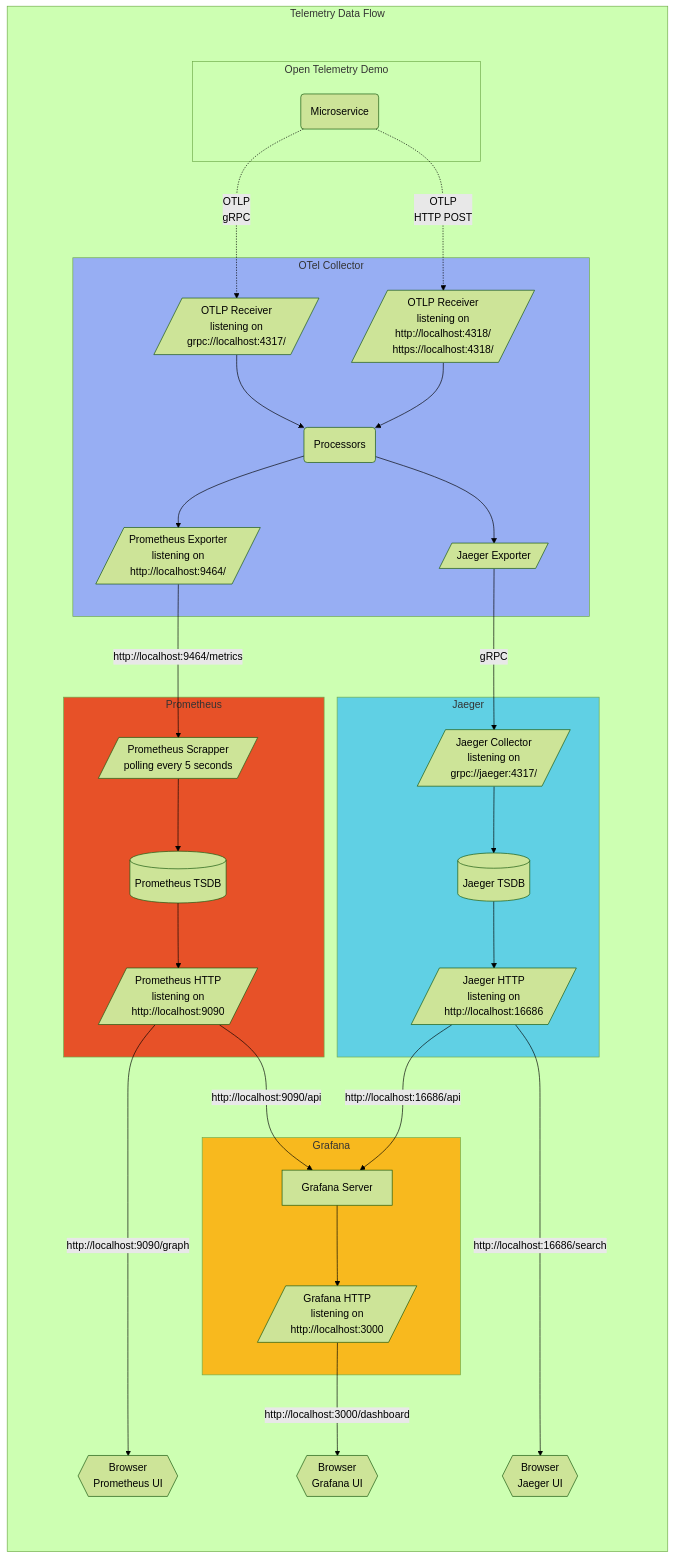
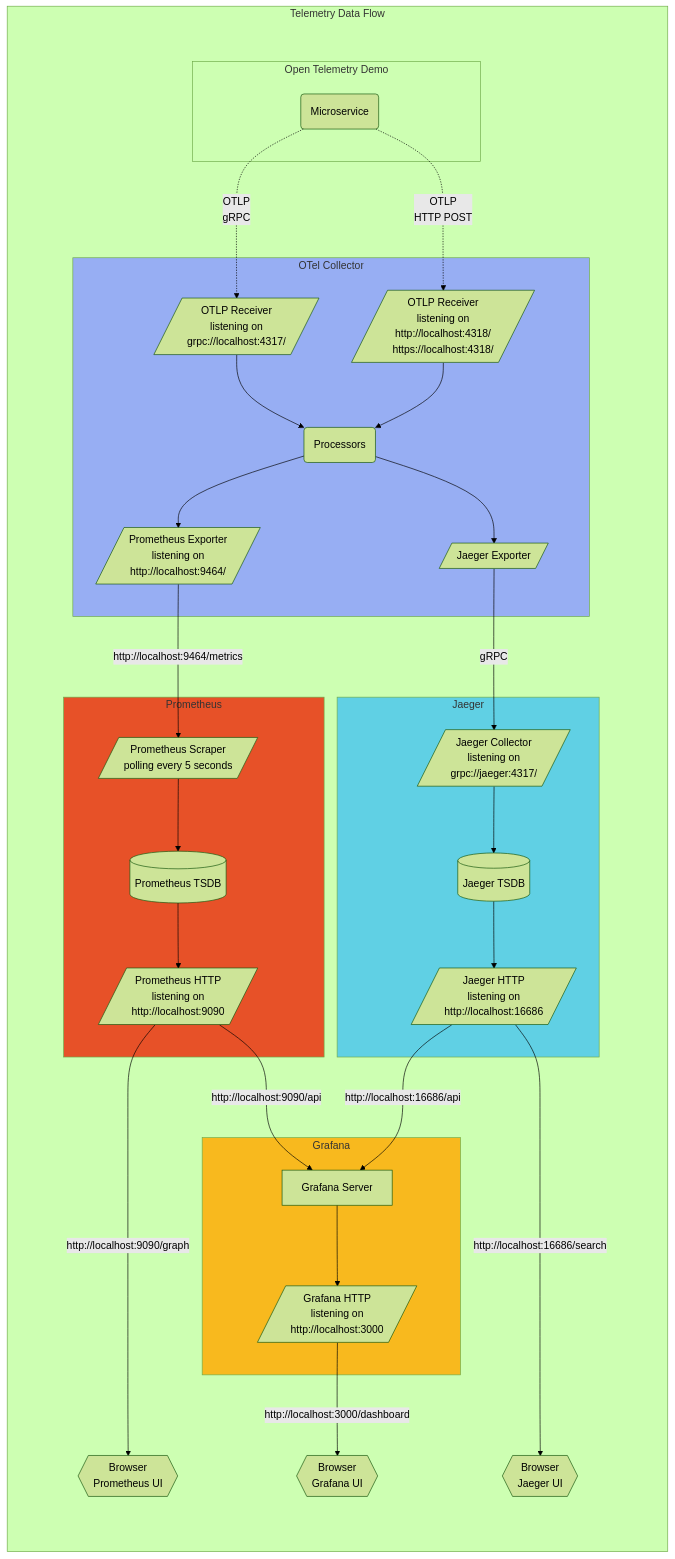
Before and after one commit to open-telemetry/opentelemetry-demo: the third of 3 diagrams in docs/current_architecture.md, drawn with Mermaid (forest theme).

Commit message:
Spelling

````diff
--- a/docs/current_architecture.md
+++ b/docs/current_architecture.md
@@ -97,73 +97,73 @@
 ```mermaid
 graph TB
 subgraph tdf[Telemetry Data Flow]
     subgraph subgraph_padding [ ]
         style subgraph_padding fill:none,stroke:none;
         %% padding to stop the titles clashing
         subgraph od[Open Telemetry Demo]
         ms(Microservice)
         end
 
         ms -.->|"OTLP<br/>gRPC"| oc-grpc
         ms -.->|"OTLP<br/>HTTP POST"| oc-http
 
         subgraph oc[OTel Collector]
             style oc fill:#97aef3; 
             oc-grpc[/"OTLP Receiver<br/>listening on<br/>grpc://localhost:4317/"/]
             oc-http[/"OTLP Receiver<br/>listening on <br/>http://localhost:4318/<br/>https://localhost:4318/"/]
             oc-proc(Processors)
             oc-prom[/"Prometheus Exporter<br/>listening on<br/>http://localhost:9464/"/]
             oc-jag[/"Jaeger Exporter"/]
 
             oc-grpc --> oc-proc
             oc-http --> oc-proc
 
             oc-proc --> oc-prom
             oc-proc --> oc-jag
         end
 
         oc-prom -->|"http://localhost:9464/metrics"| pr-sc
         oc-jag -->|gRPC| ja-col
 
         subgraph pr[Prometheus]
             style pr fill:#e75128;
-            pr-sc[/"Prometheus Scrapper<br/>polling every 5 seconds"/]
+            pr-sc[/"Prometheus Scraper<br/>polling every 5 seconds"/]
             pr-tsdb[(Prometheus TSDB)]
             pr-http[/"Prometheus HTTP<br/>listening on<br/>http://localhost:9090"/]
 
             pr-sc --> pr-tsdb
             pr-tsdb --> pr-http
         end
 
         pr-b{{"Browser<br/>Prometheus UI"}}
         pr-http ---->|"http://localhost:9090/graph"| pr-b
     
         subgraph ja[Jaeger]
             style ja fill:#60d0e4;
             ja-col[/"Jaeger Collector<br/>listening on<br/>grpc://jaeger:4317/"/]
             ja-tsdb[(Jaeger TSDB)]
             ja-http[/"Jaeger HTTP<br/>listening on<br/>http://localhost:16686"/]
             
             ja-col --> ja-tsdb
             ja-tsdb --> ja-http
         end
 
         subgraph gr[Grafana]
             style gr fill:#f8b91e;
             gr-srv["Grafana Server"]
             gr-http[/"Grafana HTTP<br/>listening on<br/>http://localhost:3000"/]
 
             gr-srv --> gr-http
         end
         
         pr-http --> |"http://localhost:9090/api"| gr-srv
         ja-http --> |"http://localhost:16686/api"| gr-srv
 
         ja-b{{"Browser<br/>Jaeger UI"}}
         ja-http ---->|"http://localhost:16686/search"| ja-b
 
         gr-b{{"Browser<br/>Grafana UI"}}
         gr-http -->|"http://localhost:3000/dashboard"| gr-b
     end
 end
 ```
````
